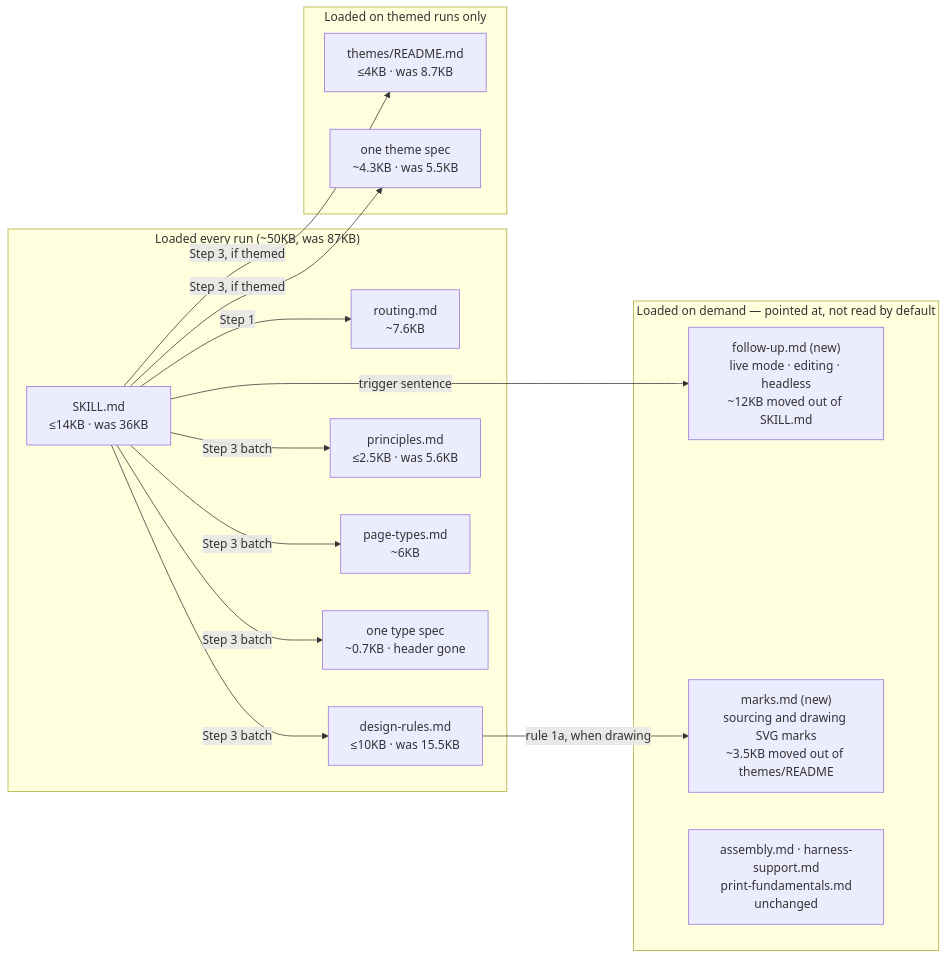
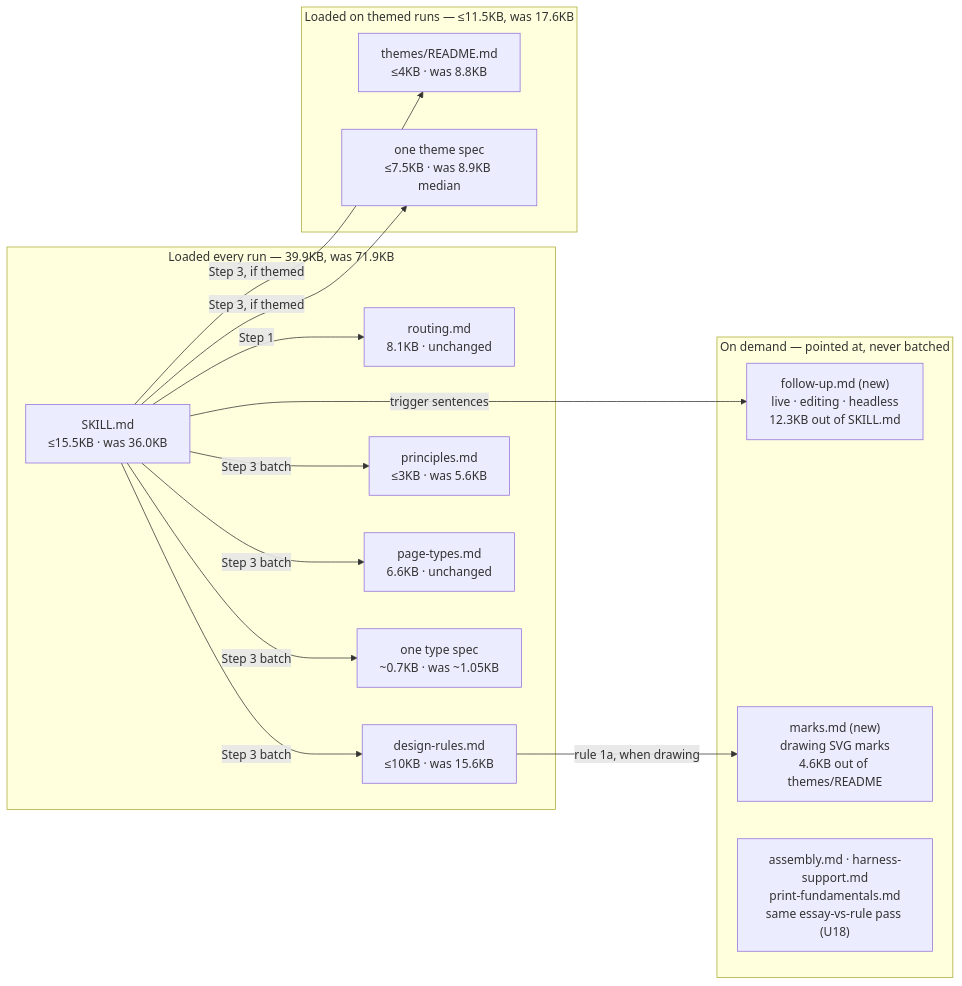
The diagram in docs/plans/2026-09-04-001-refactor-print-skill-essentials-plan.md (jomo-labs/print-skill), drawn with Mermaid before and after one commit. The commit also changed other lines of this file, not shown here.

First line of the commit message:
docs(plans): revise the essentials plan against a five-reviewer pass

````diff
--- a/docs/plans/2026-09-04-001-refactor-print-skill-essentials-plan.md
+++ b/docs/plans/2026-09-04-001-refactor-print-skill-essentials-plan.md
@@ -178,25 +202,25 @@
 ```mermaid
 flowchart LR
-    subgraph always["Loaded every run  (~50KB, was 87KB)"]
-        S["SKILL.md<br/>≤14KB · was 36KB"]
-        R["routing.md<br/>~7.6KB"]
-        D["design-rules.md<br/>≤10KB · was 15.5KB"]
-        P["principles.md<br/>≤2.5KB · was 5.6KB"]
-        G["page-types.md<br/>~6KB"]
-        T["one type spec<br/>~0.7KB · header gone"]
+    subgraph always["Loaded every run — 39.9KB, was 71.9KB"]
+        S["SKILL.md<br/>≤15.5KB · was 36.0KB"]
+        R["routing.md<br/>8.1KB · unchanged"]
+        D["design-rules.md<br/>≤10KB · was 15.6KB"]
+        P["principles.md<br/>≤3KB · was 5.6KB"]
+        G["page-types.md<br/>6.6KB · unchanged"]
+        T["one type spec<br/>~0.7KB · was ~1.05KB"]
     end
-    subgraph themed["Loaded on themed runs only"]
-        TR["themes/README.md<br/>≤4KB · was 8.7KB"]
-        TS["one theme spec<br/>~4.3KB · was 5.5KB"]
+    subgraph themed["Loaded on themed runs — ≤11.5KB, was 17.6KB"]
+        TR["themes/README.md<br/>≤4KB · was 8.8KB"]
+        TS["one theme spec<br/>≤7.5KB · was 8.9KB median"]
     end
-    subgraph demand["Loaded on demand — pointed at, not read by default"]
-        F["follow-up.md (new)<br/>live mode · editing · headless<br/>~12KB moved out of SKILL.md"]
-        M["marks.md (new)<br/>sourcing and drawing SVG marks<br/>~3.5KB moved out of themes/README"]
-        A["assembly.md · harness-support.md<br/>print-fundamentals.md<br/>unchanged"]
+    subgraph demand["On demand — pointed at, never batched"]
+        F["follow-up.md (new)<br/>live · editing · headless<br/>12.3KB out of SKILL.md"]
+        M["marks.md (new)<br/>drawing SVG marks<br/>4.6KB out of themes/README"]
+        A["assembly.md · harness-support.md<br/>print-fundamentals.md<br/>same essay-vs-rule pass (U18)"]
     end
-    S -- "trigger sentence" --> F
+    S -- "trigger sentences" --> F
     D -- "rule 1a, when drawing" --> M
     S -- "Step 1" --> R
     S -- "Step 3 batch" --> D & P & G & T
     S -- "Step 3, if themed" --> TR & TS
 ```
````
